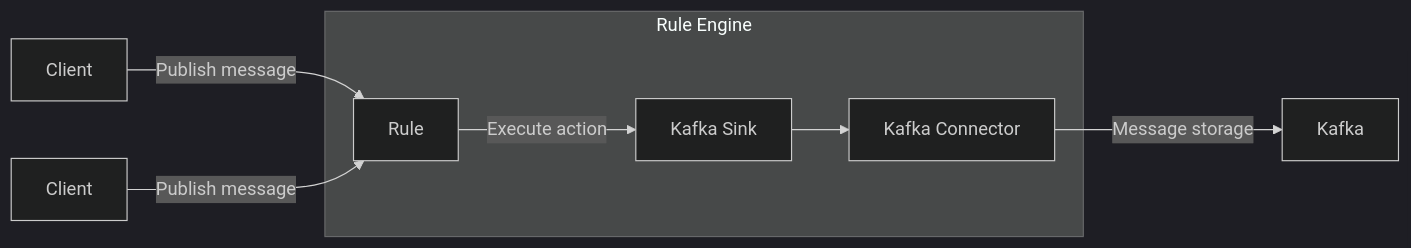
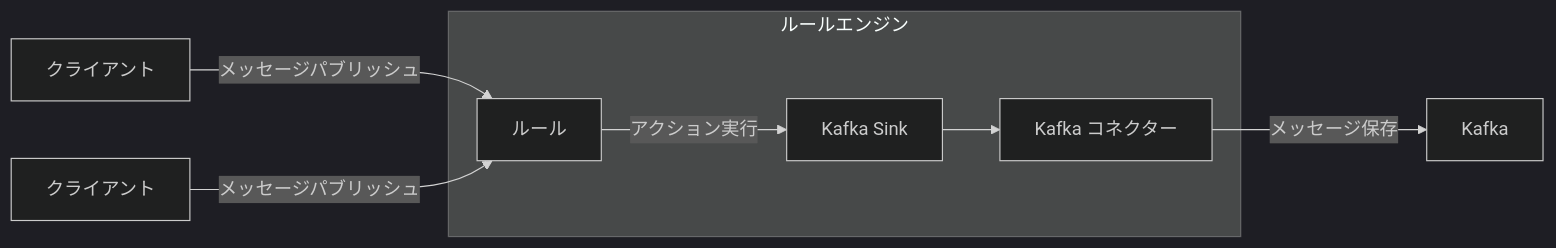
One commit to emqx/emqx-docs changed the first of 2 diagrams in ja_JP/data-integration/data-bridges.md. Above: the diagram before and after it, drawn with Mermaid (dark theme). The commit also changed other lines of this file and 265 other files, not shown here.

````diff
--- a/ja_JP/data-integration/data-bridges.md
+++ b/ja_JP/data-integration/data-bridges.md
@@ -40,11 +39,11 @@
 ```mermaid
 graph LR
-  A[Client] -->|Publish message| B[Rule]
-  A1[Client] --> |Publish message| B
+  A[クライアント] -->|メッセージパブリッシュ| B[ルール]
+  A1[クライアント] --> |メッセージパブリッシュ| B
 
-  subgraph Rule Engine
-    B -->  |Execute action| C[Kafka Sink] --> D[Kafka Connector]
+  subgraph ルールエンジン
+    B -->  |アクション実行| C[Kafka Sink] --> D[Kafka コネクター]
   end
 
-D -->|Message storage| E[Kafka]
+D -->|メッセージ保存| E[Kafka]
 ```
````
